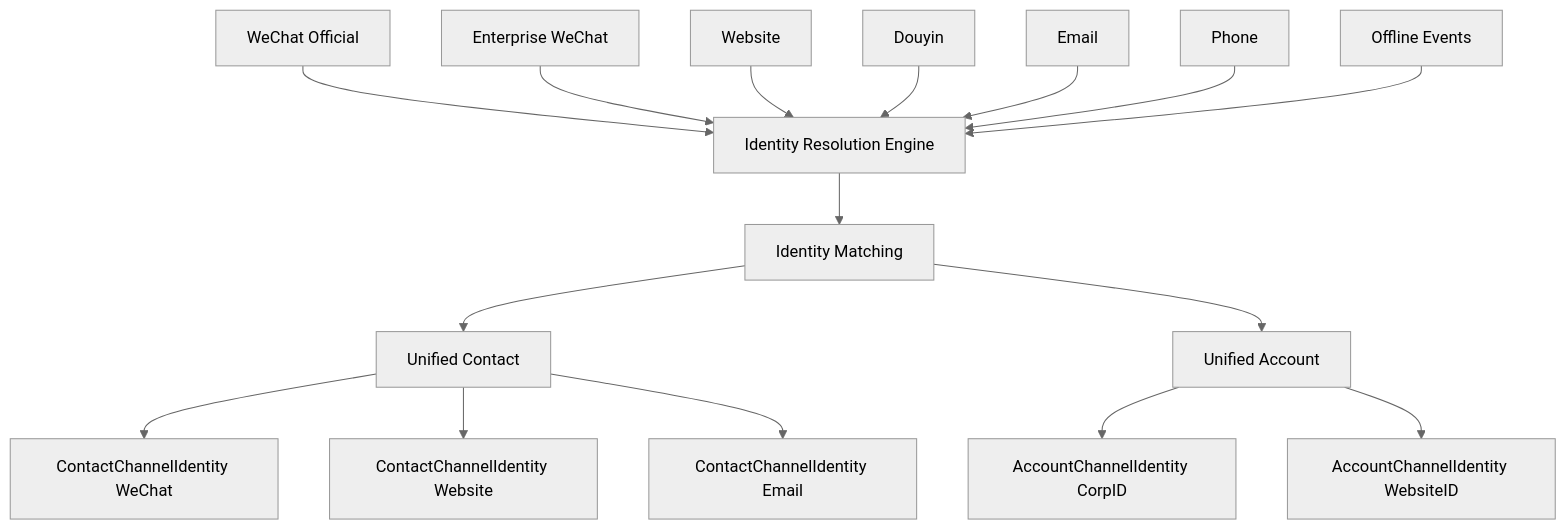
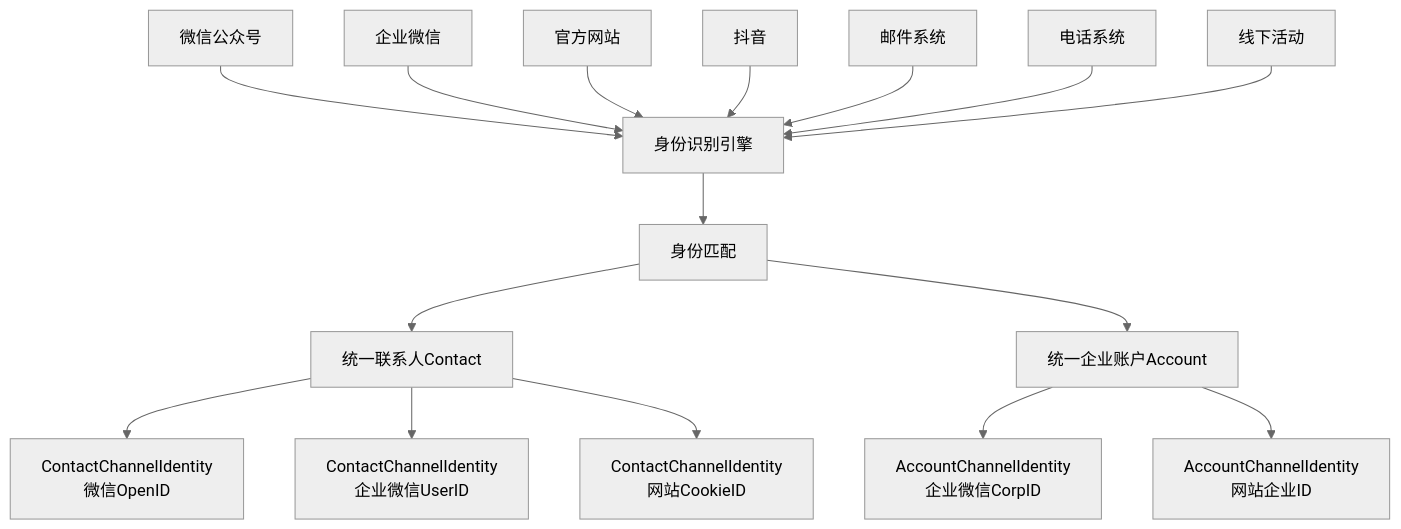
Diagram 19 of 25 in docs/b2b-cdp-entity-design.md (312268112/advanced-java), drawn with Mermaid (neutral theme) before and after one commit. The commit also changed other lines of this file, not shown here.

````diff
--- a/docs/b2b-cdp-entity-design.md
+++ b/docs/b2b-cdp-entity-design.md
@@ -733,21 +740,21 @@
 ```mermaid
 graph TB
-    S1[WeChat Official] --> IR[Identity Resolution Engine]
-    S2[Enterprise WeChat] --> IR
-    S3[Website] --> IR
-    S4[Douyin] --> IR
-    S5[Email] --> IR
-    S6[Phone] --> IR
-    S7[Offline Events] --> IR
+    S1[微信公众号] --> IR[身份识别引擎]
+    S2[企业微信] --> IR
+    S3[官方网站] --> IR
+    S4[抖音] --> IR
+    S5[邮件系统] --> IR
+    S6[电话系统] --> IR
+    S7[线下活动] --> IR
     
-    IR --> IM[Identity Matching]
-    IM --> UC[Unified Contact]
-    IM --> UA[Unified Account]
+    IR --> IM[身份匹配]
+    IM --> UC[统一联系人Contact]
+    IM --> UA[统一企业账户Account]
     
-    UC --> CI1[ContactChannelIdentity WeChat]
-    UC --> CI2[ContactChannelIdentity Website]
-    UC --> CI3[ContactChannelIdentity Email]
+    UC --> CI1[ContactChannelIdentity<br/>微信OpenID]
+    UC --> CI2[ContactChannelIdentity<br/>企业微信UserID]
+    UC --> CI3[ContactChannelIdentity<br/>网站CookieID]
     
-    UA --> AI1[AccountChannelIdentity CorpID]
-    UA --> AI2[AccountChannelIdentity WebsiteID]
+    UA --> AI1[AccountChannelIdentity<br/>企业微信CorpID]
+    UA --> AI2[AccountChannelIdentity<br/>网站企业ID]
 ```
````
